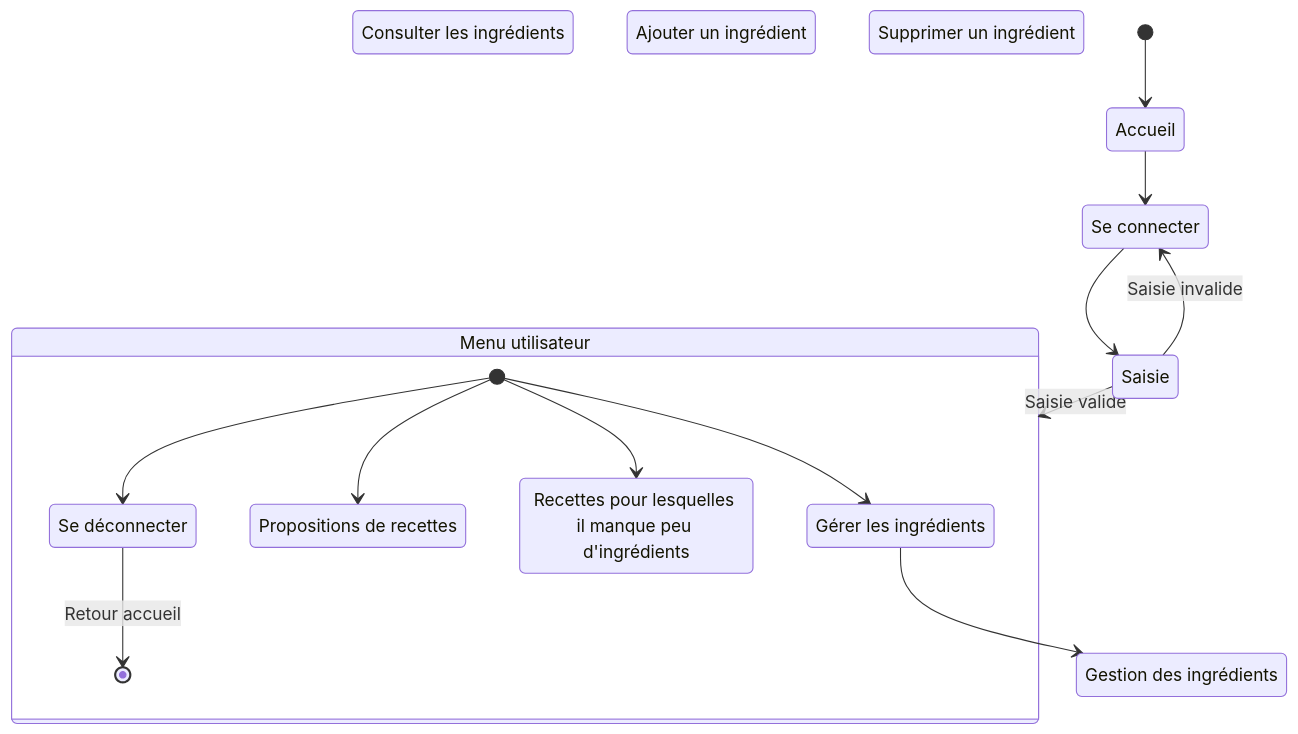
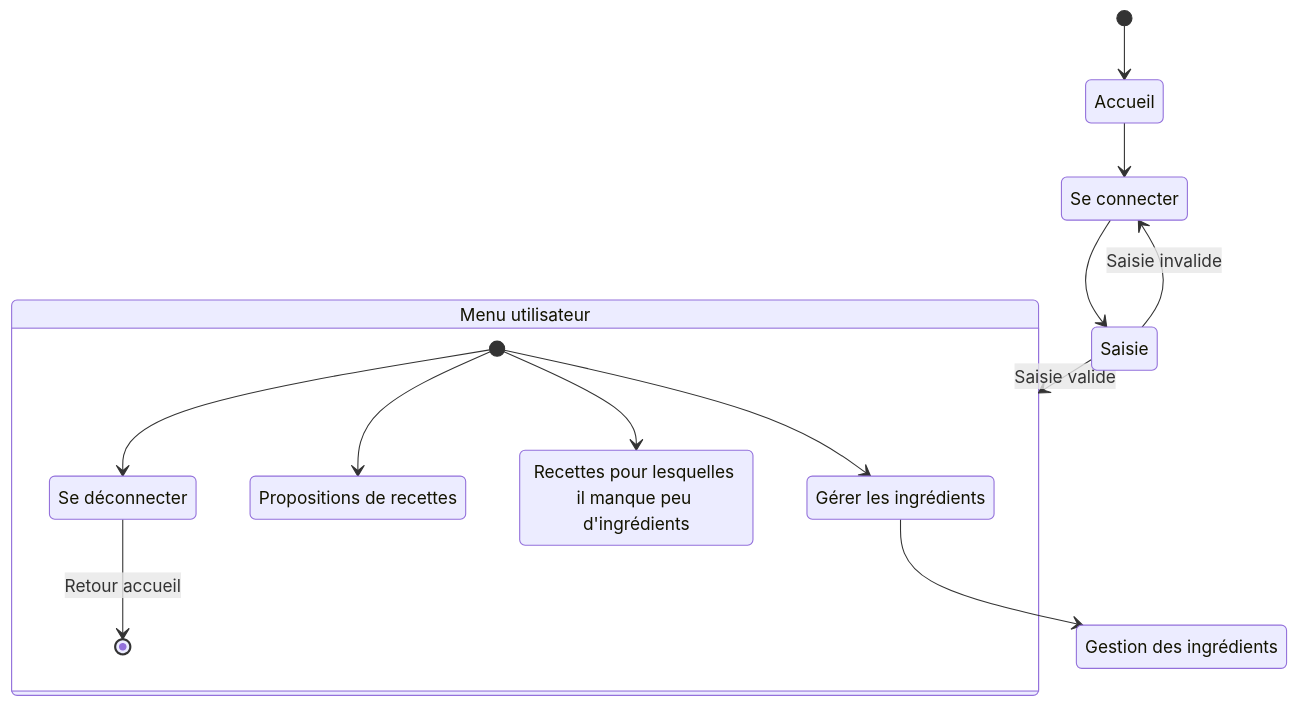
One commit to bbrunel/ENSAI-2A-projet-info changed the third of 4 diagrams in doc/diag_activites.md. Above: the diagram before and after it, drawn with Mermaid.

Commit message:
modif 2e diag act

````diff
--- a/doc/diag_activites.md
+++ b/doc/diag_activites.md
@@ -122,31 +122,28 @@
 ```mermaid
 stateDiagram
     login : Se connecter
     menu_utilisateur : Menu utilisateur
     menu_ingr : Gestion des ingrédients
     gerer_ingr : Gérer les ingrédients
-    Consulter_les_ingrédients : Consulter les ingrédients
-    Ajouter_un_ingrédient : Ajouter un ingrédient
-    Supprimer_un_ingrédient : Supprimer un ingrédient
     recettes : Propositions de recettes
     rec_ingr_manquant : Recettes pour lesquelles il manque peu d'ingrédients
     logout : Se déconnecter
     
     [*] --> Accueil
 
     Accueil --> login
 
     login --> Saisie
     Saisie --> menu_utilisateur: Saisie valide
     Saisie --> login: Saisie invalide
 
     state menu_utilisateur {
     	[*] --> gerer_ingr
       [*] --> recettes
       [*] --> rec_ingr_manquant
     	[*] --> logout
       logout --> [*]:Retour accueil
     }
 
   gerer_ingr --> menu_ingr
 ```
````
